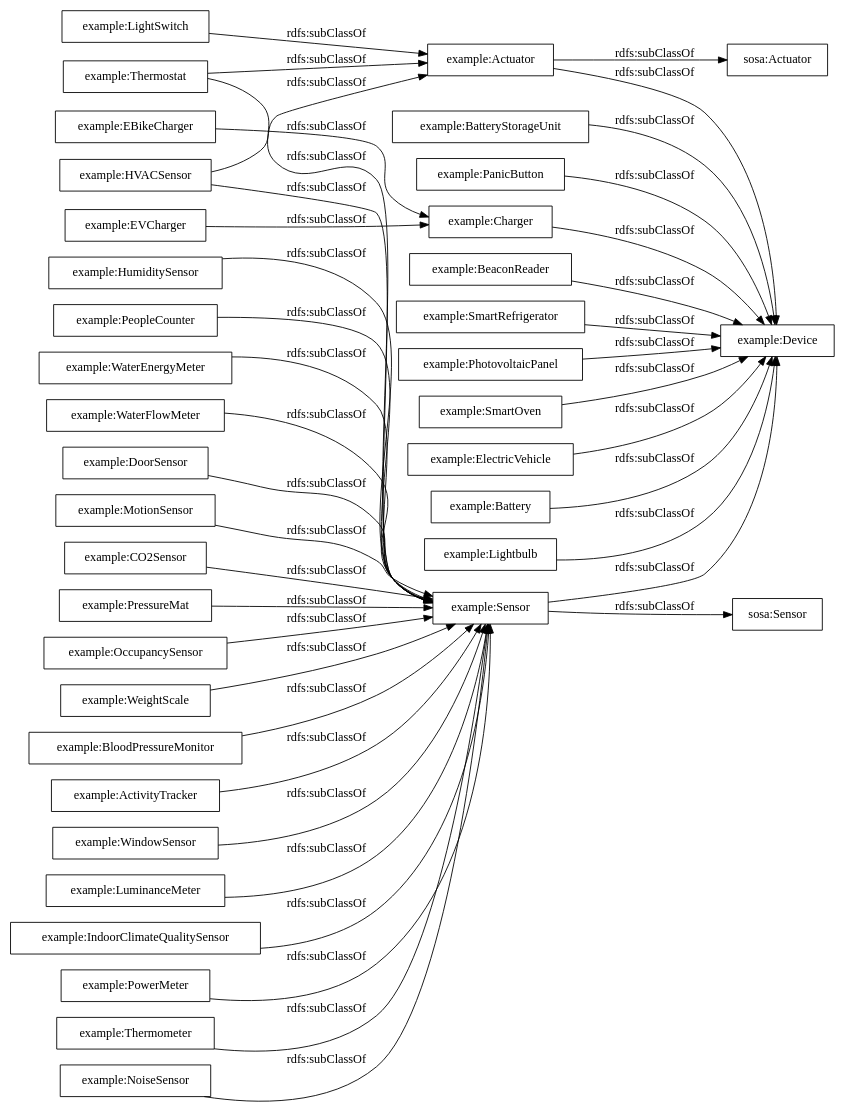
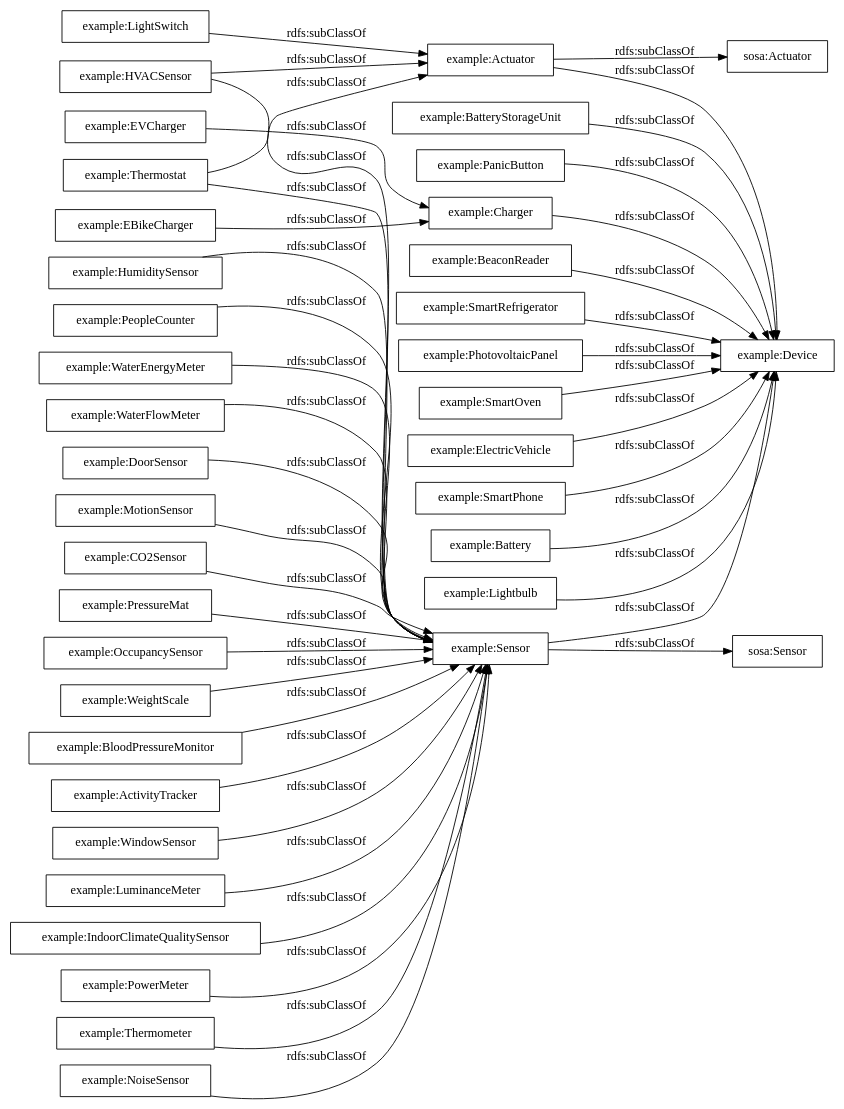
Before and after one commit to jpi-seb/pizza: the diagram in OnToology/tutorial.ttl/diagrams/ar2dtool-taxonomy/tutorial.ttl.png.dot, drawn with Graphviz. The commit also changed 46 other files, not shown here.

```diff
--- a/OnToology/tutorial.ttl/diagrams/ar2dtool-taxonomy/tutorial.ttl.png.dot
+++ b/OnToology/tutorial.ttl/diagrams/ar2dtool-taxonomy/tutorial.ttl.png.dot
@@ -1,45 +1,46 @@
 digraph ar2dtool_diagram { 
 rankdir=LR;
 size="1000"
-node [shape = rectangle, color="black"]; "example:PowerMeter" "example:PhotovoltaicPanel" "example:Thermometer" "example:SmartOven" "example:NoiseSensor" "example:LightSwitch" "example:Charger" "example:ElectricVehicle" "example:HumiditySensor" "example:PeopleCounter" "example:WaterEnergyMeter" "sosa:Actuator" "example:WaterFlowMeter" "example:DoorSensor" "example:MotionSensor" "example:CO2Sensor" "example:EVCharger" "example:HVACSensor" "example:Device" "example:PressureMat" "example:Actuator" "example:OccupancySensor" "example:Thermostat" "sosa:Sensor" "example:WeightScale" "example:Lightbulb" "example:BatteryStorageUnit" "example:BeaconReader" "example:BloodPressureMonitor" "example:PanicButton" "example:ActivityTracker" "example:Sensor" "example:WindowSensor" "example:SmartRefrigerator" "example:Battery" "example:LuminanceMeter" "example:IndoorClimateQualitySensor" "example:EBikeCharger" ; /*classes style*/
+node [shape = rectangle, color="black"]; "example:PowerMeter" "example:PhotovoltaicPanel" "example:Thermometer" "example:SmartOven" "example:NoiseSensor" "example:LightSwitch" "example:Charger" "example:ElectricVehicle" "example:HumiditySensor" "example:PeopleCounter" "example:SmartPhone" "example:WaterEnergyMeter" "sosa:Actuator" "example:WaterFlowMeter" "example:DoorSensor" "example:MotionSensor" "example:CO2Sensor" "example:EVCharger" "example:HVACSensor" "example:Device" "example:PressureMat" "example:Actuator" "example:OccupancySensor" "example:Thermostat" "sosa:Sensor" "example:WeightScale" "example:Lightbulb" "example:BatteryStorageUnit" "example:BeaconReader" "example:BloodPressureMonitor" "example:PanicButton" "example:ActivityTracker" "example:Sensor" "example:WindowSensor" "example:SmartRefrigerator" "example:Battery" "example:LuminanceMeter" "example:IndoorClimateQualitySensor" "example:EBikeCharger" ; /*classes style*/
 	"example:PhotovoltaicPanel" -> "example:Device" [ label = "rdfs:subClassOf" ];
 	"example:PeopleCounter" -> "example:Sensor" [ label = "rdfs:subClassOf" ];
 	"example:WaterEnergyMeter" -> "example:Sensor" [ label = "rdfs:subClassOf" ];
 	"example:Lightbulb" -> "example:Device" [ label = "rdfs:subClassOf" ];
 	"example:WaterFlowMeter" -> "example:Sensor" [ label = "rdfs:subClassOf" ];
 	"example:HVACSensor" -> "example:Sensor" [ label = "rdfs:subClassOf" ];
 	"example:HVACSensor" -> "example:Actuator" [ label = "rdfs:subClassOf" ];
 	"example:PanicButton" -> "example:Device" [ label = "rdfs:subClassOf" ];
 	"example:SmartRefrigerator" -> "example:Device" [ label = "rdfs:subClassOf" ];
 	"example:Sensor" -> "sosa:Sensor" [ label = "rdfs:subClassOf" ];
 	"example:Sensor" -> "example:Device" [ label = "rdfs:subClassOf" ];
 	"example:DoorSensor" -> "example:Sensor" [ label = "rdfs:subClassOf" ];
 	"example:ActivityTracker" -> "example:Sensor" [ label = "rdfs:subClassOf" ];
 	"example:Charger" -> "example:Device" [ label = "rdfs:subClassOf" ];
 	"example:LuminanceMeter" -> "example:Sensor" [ label = "rdfs:subClassOf" ];
 	"example:ElectricVehicle" -> "example:Device" [ label = "rdfs:subClassOf" ];
 	"example:WindowSensor" -> "example:Sensor" [ label = "rdfs:subClassOf" ];
 	"example:PressureMat" -> "example:Sensor" [ label = "rdfs:subClassOf" ];
 	"example:EVCharger" -> "example:Charger" [ label = "rdfs:subClassOf" ];
 	"example:OccupancySensor" -> "example:Sensor" [ label = "rdfs:subClassOf" ];
 	"example:LightSwitch" -> "example:Actuator" [ label = "rdfs:subClassOf" ];
 	"example:SmartOven" -> "example:Device" [ label = "rdfs:subClassOf" ];
 	"example:BeaconReader" -> "example:Device" [ label = "rdfs:subClassOf" ];
 	"example:CO2Sensor" -> "example:Sensor" [ label = "rdfs:subClassOf" ];
 	"example:Battery" -> "example:Device" [ label = "rdfs:subClassOf" ];
+	"example:SmartPhone" -> "example:Device" [ label = "rdfs:subClassOf" ];
 	"example:EBikeCharger" -> "example:Charger" [ label = "rdfs:subClassOf" ];
 	"example:NoiseSensor" -> "example:Sensor" [ label = "rdfs:subClassOf" ];
 	"example:PowerMeter" -> "example:Sensor" [ label = "rdfs:subClassOf" ];
 	"example:Thermostat" -> "example:Sensor" [ label = "rdfs:subClassOf" ];
 	"example:Thermostat" -> "example:Actuator" [ label = "rdfs:subClassOf" ];
 	"example:HumiditySensor" -> "example:Sensor" [ label = "rdfs:subClassOf" ];
 	"example:IndoorClimateQualitySensor" -> "example:Sensor" [ label = "rdfs:subClassOf" ];
 	"example:BloodPressureMonitor" -> "example:Sensor" [ label = "rdfs:subClassOf" ];
 	"example:Actuator" -> "sosa:Actuator" [ label = "rdfs:subClassOf" ];
 	"example:Actuator" -> "example:Device" [ label = "rdfs:subClassOf" ];
 	"example:BatteryStorageUnit" -> "example:Device" [ label = "rdfs:subClassOf" ];
 	"example:WeightScale" -> "example:Sensor" [ label = "rdfs:subClassOf" ];
 	"example:Thermometer" -> "example:Sensor" [ label = "rdfs:subClassOf" ];
 	"example:MotionSensor" -> "example:Sensor" [ label = "rdfs:subClassOf" ];
 
 }
```
